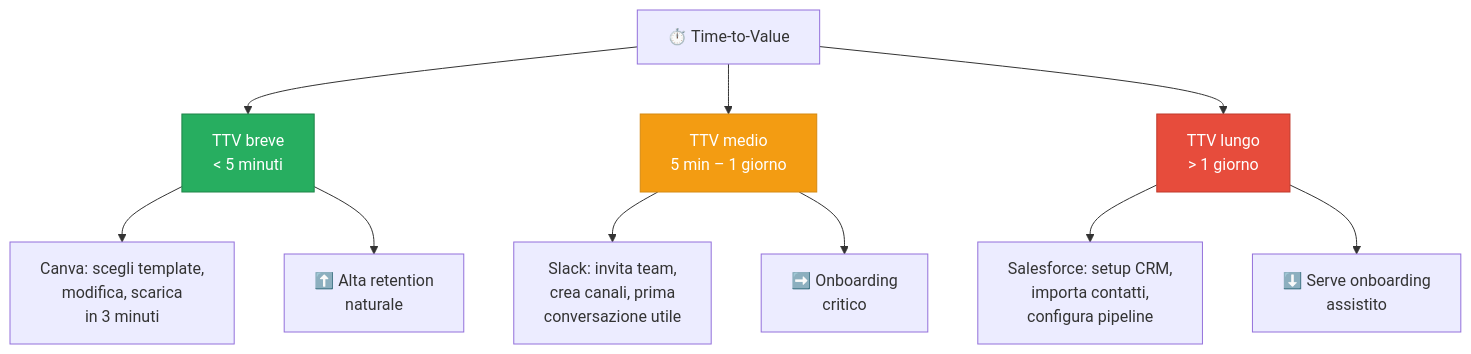
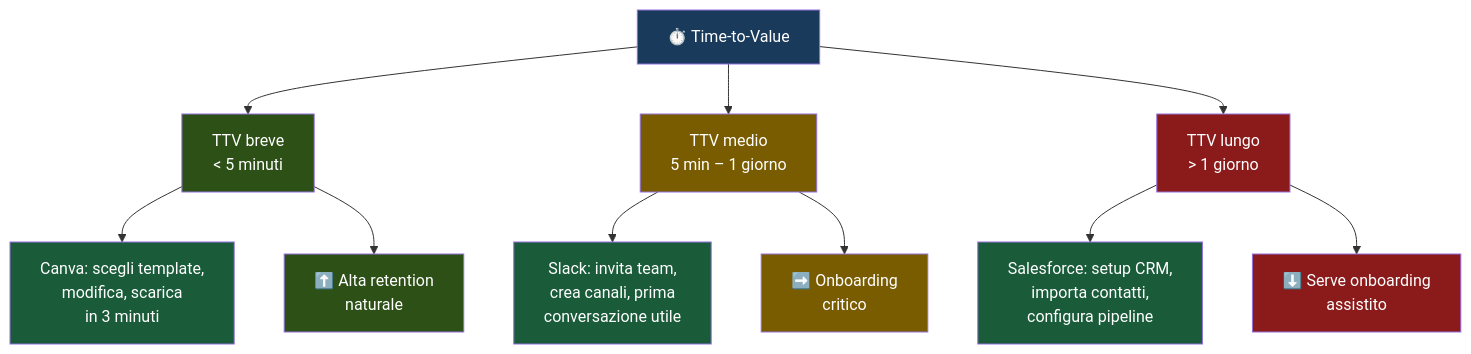
One commit to AndreyBertasini/gynnitech changed the second of 4 diagrams in src/content/corso/analisi-prodotto/onboarding-attivazione.mdx. Above: the diagram before and after it, drawn with Mermaid. The commit also changed other lines of this file and 21 other files, not shown here.

First line of the commit message:
style: applica color scheme semantico a tutti i diagrammi Mermaid del corso

````diff
--- a/src/content/corso/analisi-prodotto/onboarding-attivazione.mdx
+++ b/src/content/corso/analisi-prodotto/onboarding-attivazione.mdx
@@ -74,15 +77,22 @@
 ```mermaid
 graph TD
     TTV["⏱️ Time-to-Value"] --> SHORT["TTV breve\n< 5 minuti"]
     TTV --> MEDIUM["TTV medio\n5 min – 1 giorno"]
     TTV --> LONG["TTV lungo\n> 1 giorno"]
     SHORT --> EX1["Canva: scegli template,\nmodifica, scarica\nin 3 minuti"]
     MEDIUM --> EX2["Slack: invita team,\ncrea canali, prima\nconversazione utile"]
     LONG --> EX3["Salesforce: setup CRM,\nimporta contatti,\nconfigura pipeline"]
     SHORT --> RET1["⬆️ Alta retention\nnaturale"]
     MEDIUM --> RET2["➡️ Onboarding\ncritico"]
     LONG --> RET3["⬇️ Serve onboarding\nassistito"]
-    style SHORT fill:#27ae60,stroke:#1e8449,color:#fff
-    style MEDIUM fill:#f39c12,stroke:#d68910,color:#fff
-    style LONG fill:#e74c3c,stroke:#c0392b,color:#fff
+    style TTV fill:#1a3a5c,color:#ffffff
+    style SHORT fill:#2d5016,color:#ffffff
+    style MEDIUM fill:#7a5c00,color:#ffffff
+    style LONG fill:#8b1a1a,color:#ffffff
+    style EX1 fill:#1a5c3a,color:#ffffff
+    style EX2 fill:#1a5c3a,color:#ffffff
+    style EX3 fill:#1a5c3a,color:#ffffff
+    style RET1 fill:#2d5016,color:#ffffff
+    style RET2 fill:#7a5c00,color:#ffffff
+    style RET3 fill:#8b1a1a,color:#ffffff
 ```
````
